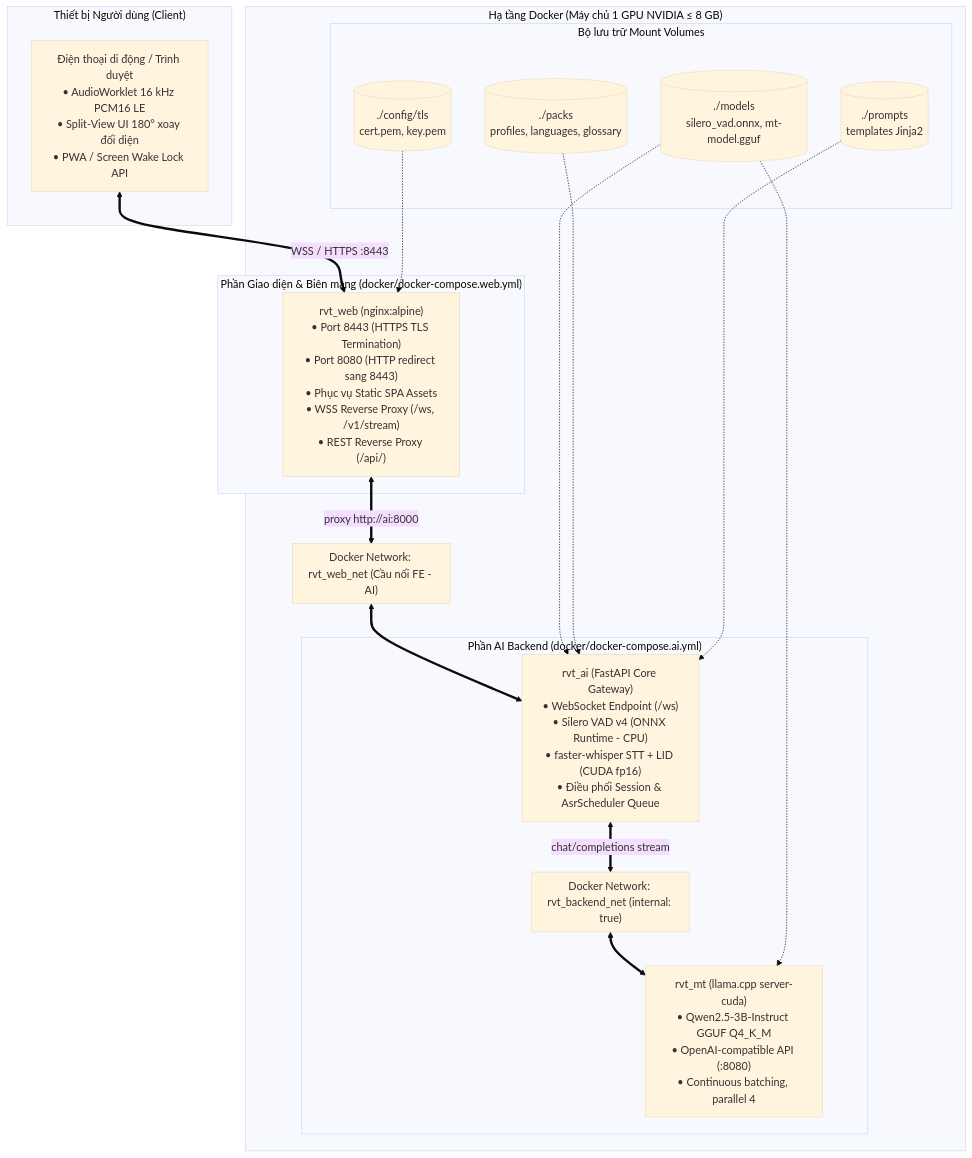
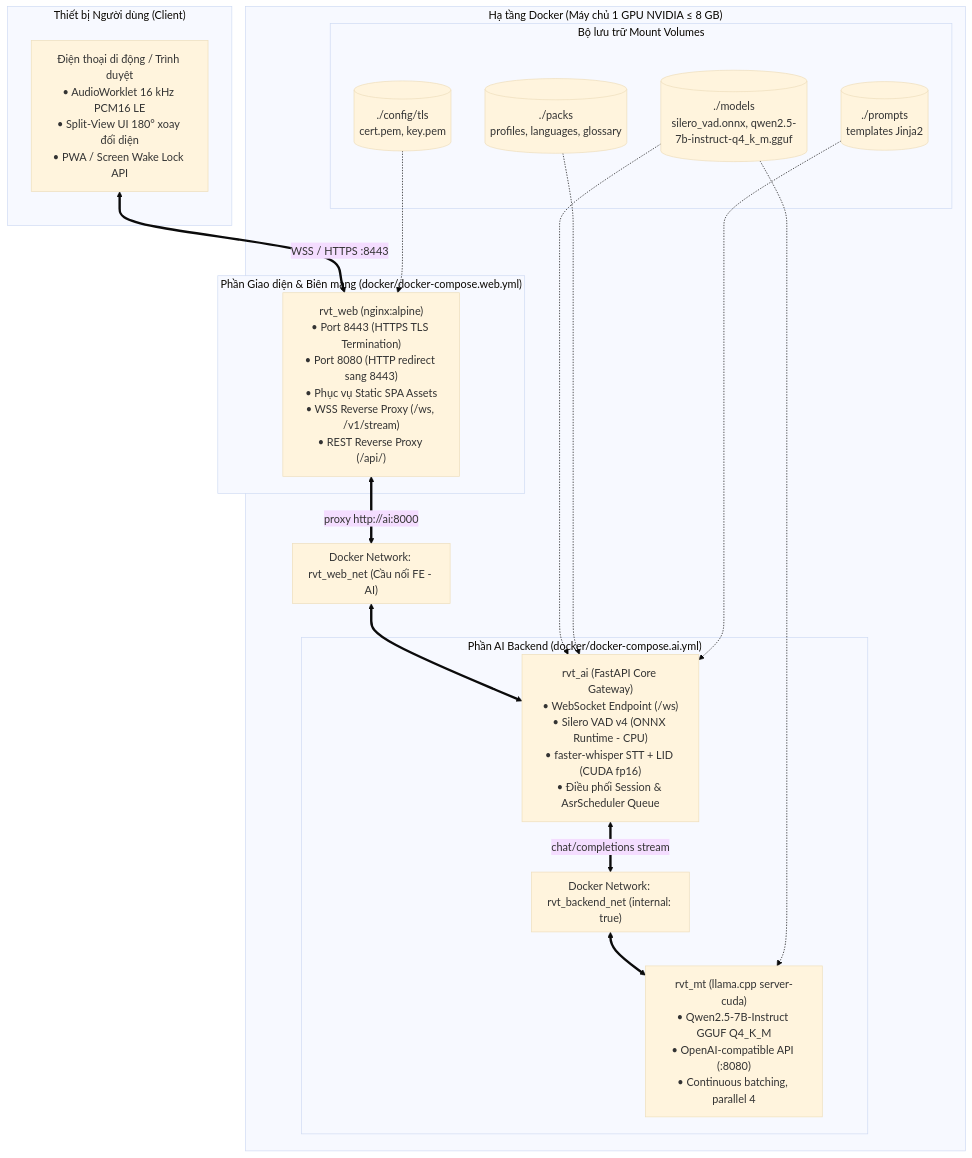
The first of 6 diagrams in projects/realtime-voice-translate/docs/03-technical-details-design.md (superken-python/ai-architecture), drawn with Mermaid (base theme) before and after one commit. The commit also changed other lines of this file and 13 other files, not shown here.

Commit message:
feat: switch MT model to Qwen2.5-7B-Instruct with original filename

````diff
--- a/projects/realtime-voice-translate/docs/03-technical-details-design.md
+++ b/projects/realtime-voice-translate/docs/03-technical-details-design.md
@@ -9,43 +9,43 @@
 ```mermaid
 flowchart TB
     subgraph CLIENT["Thiết bị Người dùng (Client)"]
         PHONE["Điện thoại di động / Trình duyệt<br/>• AudioWorklet 16 kHz PCM16 LE<br/>• Split-View UI 180° xoay đối diện<br/>• PWA / Screen Wake Lock API"]
     end
 
     subgraph DOCKER_HOST["Hạ tầng Docker (Máy chủ 1 GPU NVIDIA ≤ 8 GB)"]
         subgraph FE_ZONE["Phần Giao diện & Biên mạng (docker/docker-compose.web.yml)"]
             NGINX["rvt_web (nginx:alpine)<br/>• Port 8443 (HTTPS TLS Termination)<br/>• Port 8080 (HTTP redirect sang 8443)<br/>• Phục vụ Static SPA Assets<br/>• WSS Reverse Proxy (/ws, /v1/stream)<br/>• REST Reverse Proxy (/api/)"]
         end
 
         subgraph NET_WEB["Docker Network: rvt_web_net (Cầu nối FE - AI)"]
         end
 
         subgraph AI_ZONE["Phần AI Backend (docker/docker-compose.ai.yml)"]
             AI_GW["rvt_ai (FastAPI Core Gateway)<br/>• WebSocket Endpoint (/ws)<br/>• Silero VAD v4 (ONNX Runtime - CPU)<br/>• faster-whisper STT + LID (CUDA fp16)<br/>• Điều phối Session & AsrScheduler Queue"]
             
             subgraph NET_BACKEND["Docker Network: rvt_backend_net (internal: true)"]
             end
 
-            MT_SRV["rvt_mt (llama.cpp server-cuda)<br/>• Qwen2.5-3B-Instruct GGUF Q4_K_M<br/>• OpenAI-compatible API (:8080)<br/>• Continuous batching, parallel 4"]
+            MT_SRV["rvt_mt (llama.cpp server-cuda)<br/>• Qwen2.5-7B-Instruct GGUF Q4_K_M<br/>• OpenAI-compatible API (:8080)<br/>• Continuous batching, parallel 4"]
         end
 
         subgraph STORAGE["Bộ lưu trữ Mount Volumes"]
             VOL_TLS[("./config/tls<br/>cert.pem, key.pem")]
-            VOL_MODELS[("./models<br/>silero_vad.onnx, mt-model.gguf")]
+            VOL_MODELS[("./models<br/>silero_vad.onnx, qwen2.5-7b-instruct-q4_k_m.gguf")]
             VOL_PACKS[("./packs<br/>profiles, languages, glossary")]
             VOL_PROMPTS[("./prompts<br/>templates Jinja2")]
         end
     end
 
     PHONE <== "WSS / HTTPS :8443" ==> NGINX
     NGINX <== "proxy http://ai:8000" ==> NET_WEB
     NET_WEB <==> AI_GW
     AI_GW <== "chat/completions stream" ==> NET_BACKEND
     NET_BACKEND <==> MT_SRV
 
     VOL_TLS -.-> NGINX
     VOL_MODELS -.-> AI_GW
     VOL_MODELS -.-> MT_SRV
     VOL_PACKS -.-> AI_GW
     VOL_PROMPTS -.-> AI_GW
 ```
````
